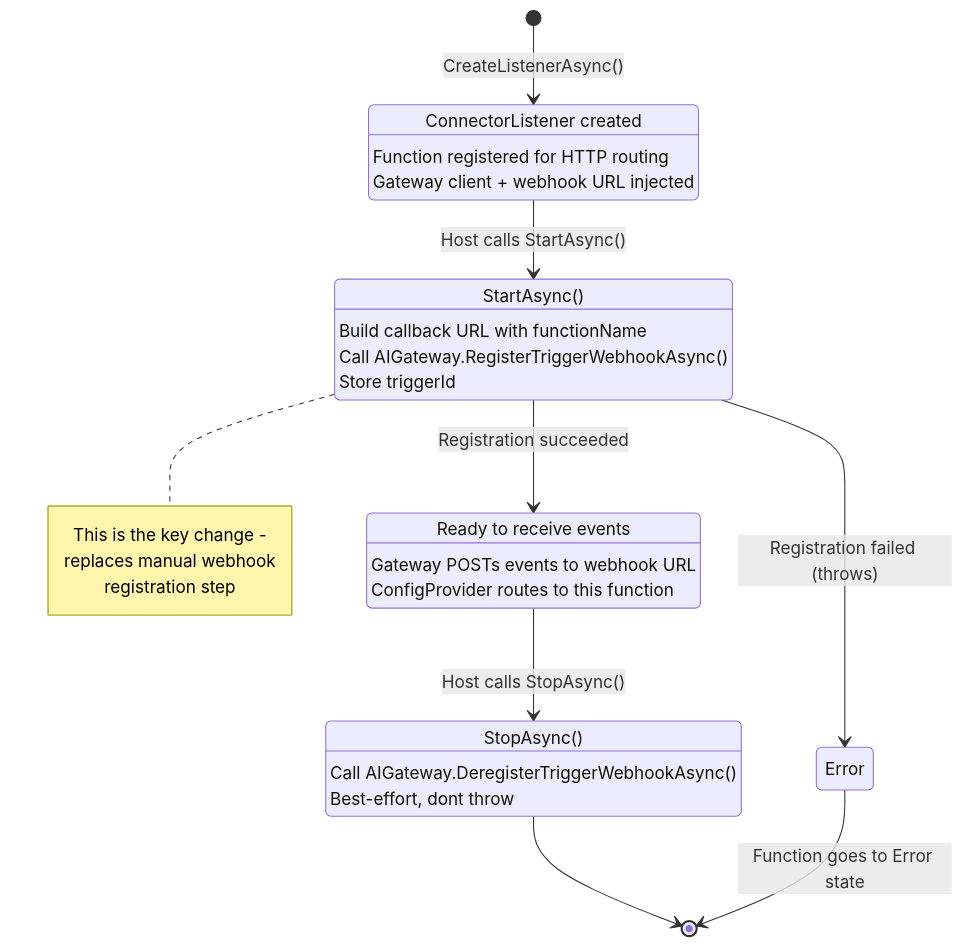
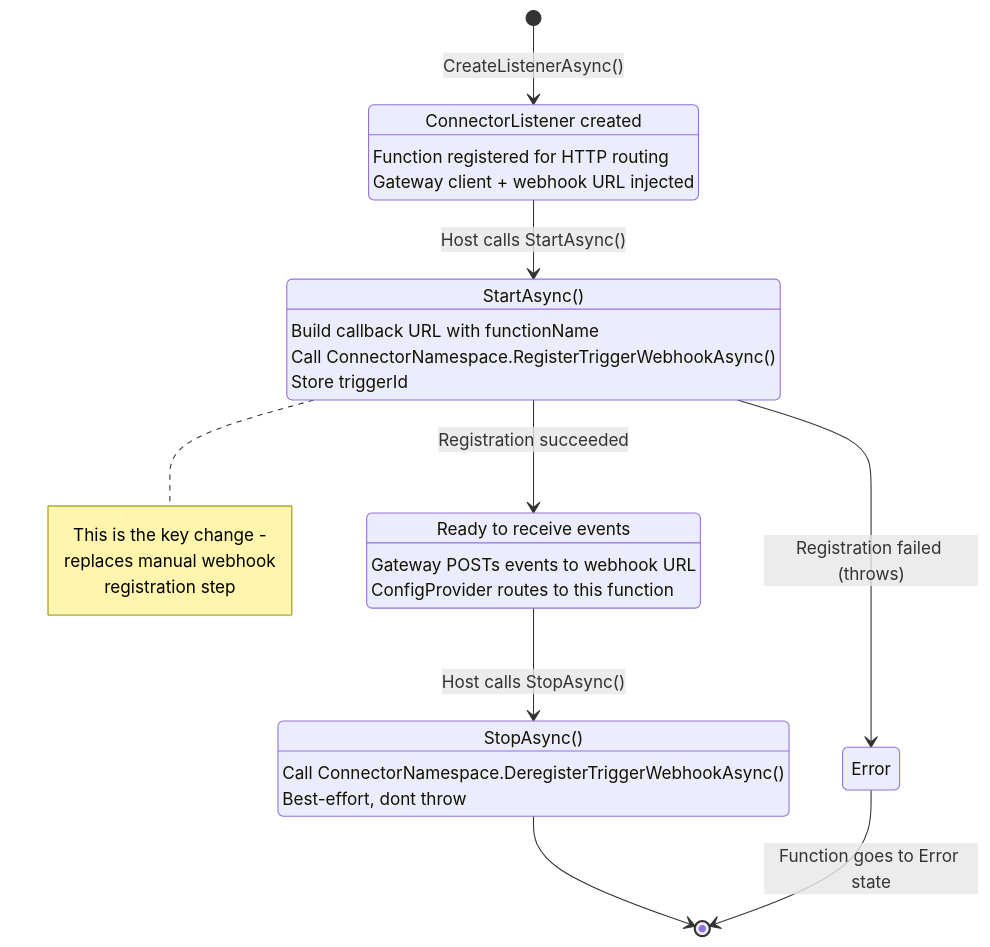
One commit to Azure/azure-functions-connector-extension changed the sixth of 9 diagrams in docs/webhook-auto-registration-design.md. Above: the diagram before and after it, drawn with Mermaid. The commit also changed other lines of this file and 3 other files, not shown here.

````diff
--- a/docs/webhook-auto-registration-design.md
+++ b/docs/webhook-auto-registration-design.md
@@ -190,37 +196,37 @@
 ```mermaid
 stateDiagram-v2
     [*] --> Created: CreateListenerAsync()
 
     Created: ConnectorListener created
     Created: Function registered for HTTP routing
     Created: Gateway client + webhook URL injected
     
     Created --> Starting: Host calls StartAsync()
     
     Starting: StartAsync()
     Starting: Build callback URL with functionName
-    Starting: Call AIGateway.RegisterTriggerWebhookAsync()
+    Starting: Call ConnectorNamespace.RegisterTriggerWebhookAsync()
     Starting: Store triggerId
 
     Starting --> Listening: Registration succeeded
     Starting --> Error: Registration failed (throws)
 
     Listening: Ready to receive events
     Listening: Gateway POSTs events to webhook URL
     Listening: ConfigProvider routes to this function
 
     Listening --> Stopping: Host calls StopAsync()
     
     Stopping: StopAsync()
-    Stopping: Call AIGateway.DeregisterTriggerWebhookAsync()
+    Stopping: Call ConnectorNamespace.DeregisterTriggerWebhookAsync()
     Stopping: Best-effort, dont throw
 
     Stopping --> [*]
     Error --> [*]: Function goes to Error state
 
     note right of Starting
         This is the key change -
         replaces manual webhook
         registration step
     end note
 ```
````
